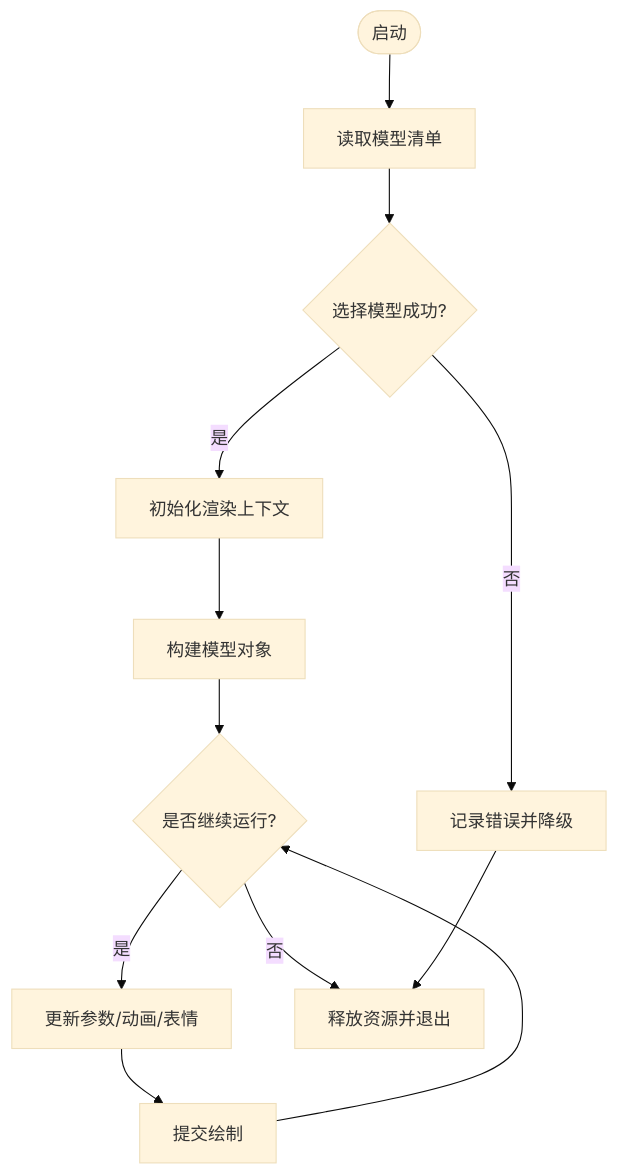
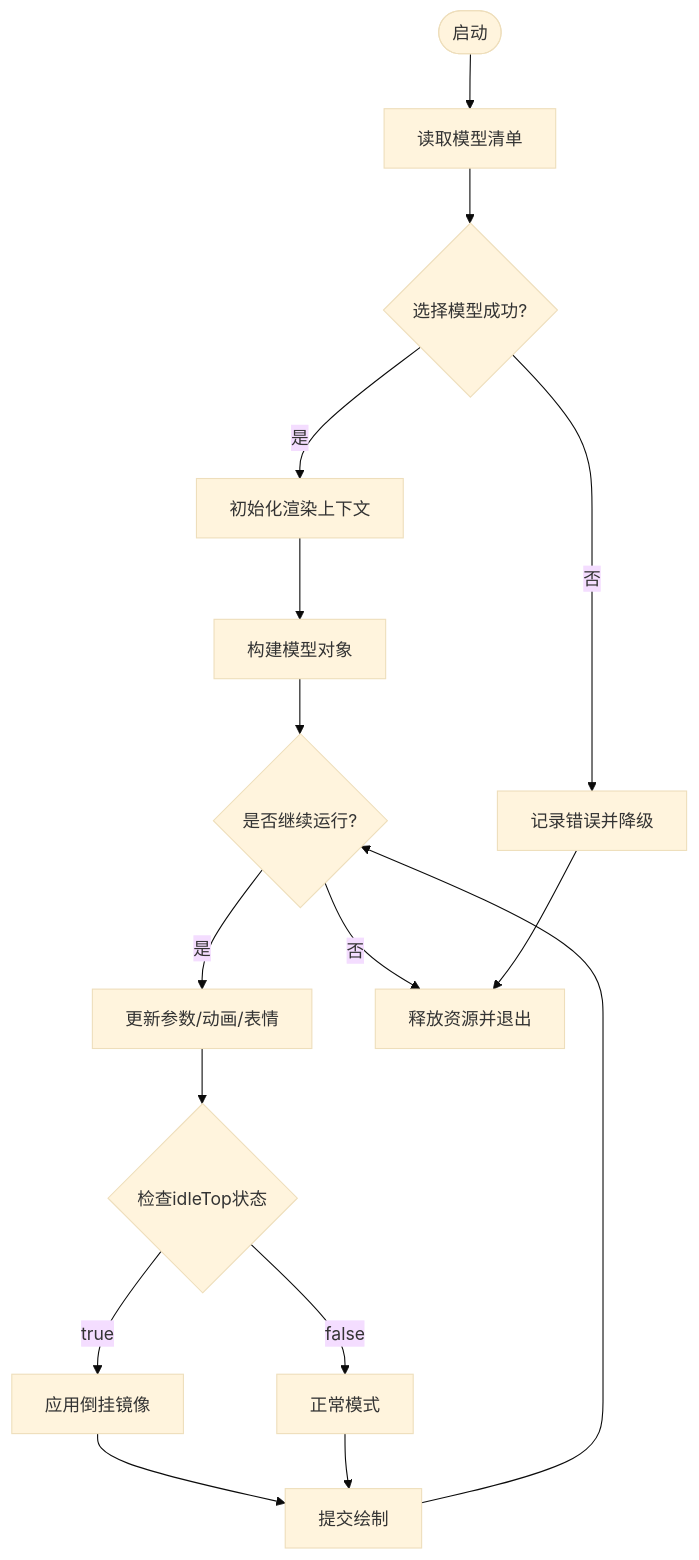
One commit to Wumiu/Petra changed the third of 8 diagrams in .qoder/repowiki/zh/content/Live2D渲染系统/Live2D控制器.md. Above: the diagram before and after it, drawn with Mermaid (base theme). The commit also changed other lines of this file and 45 other files, not shown here.

````diff
--- a/.qoder/repowiki/zh/content/Live2D渲染系统/Live2D控制器.md
+++ b/.qoder/repowiki/zh/content/Live2D渲染系统/Live2D控制器.md
@@ -143,14 +158,18 @@
 ```mermaid
 flowchart TD
 Start(["启动"]) --> LoadManifest["读取模型清单"]
 LoadManifest --> SelectModel{"选择模型成功?"}
 SelectModel --> |否| Error["记录错误并降级"]
 SelectModel --> |是| InitRender["初始化渲染上下文"]
 InitRender --> BuildModel["构建模型对象"]
 BuildModel --> Loop{"是否继续运行?"}
 Loop --> |是| Update["更新参数/动画/表情"]
-Update --> Render["提交绘制"]
+Update --> CheckIdleTop{"检查idleTop状态"}
+CheckIdleTop --> |true| ApplyFlip["应用倒挂镜像"]
+CheckIdleTop --> |false| NormalMode["正常模式"]
+ApplyFlip --> Render["提交绘制"]
+NormalMode --> Render
 Render --> Loop
 Loop --> |否| Cleanup["释放资源并退出"]
 Error --> Cleanup
 ```
````
